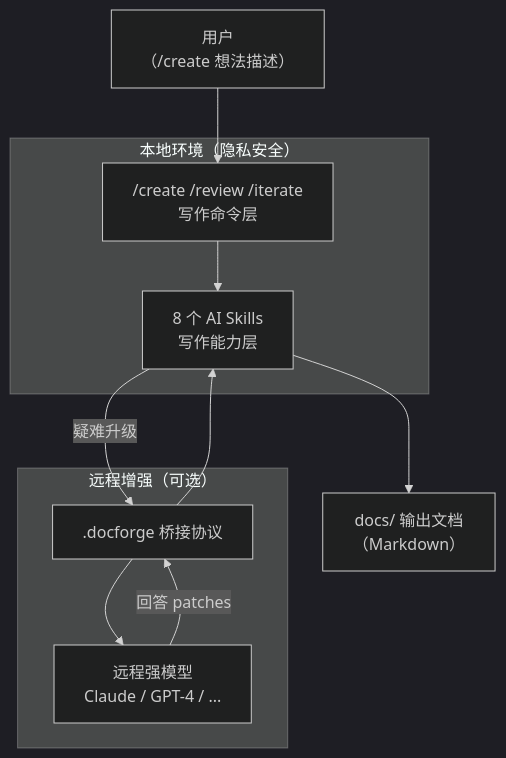
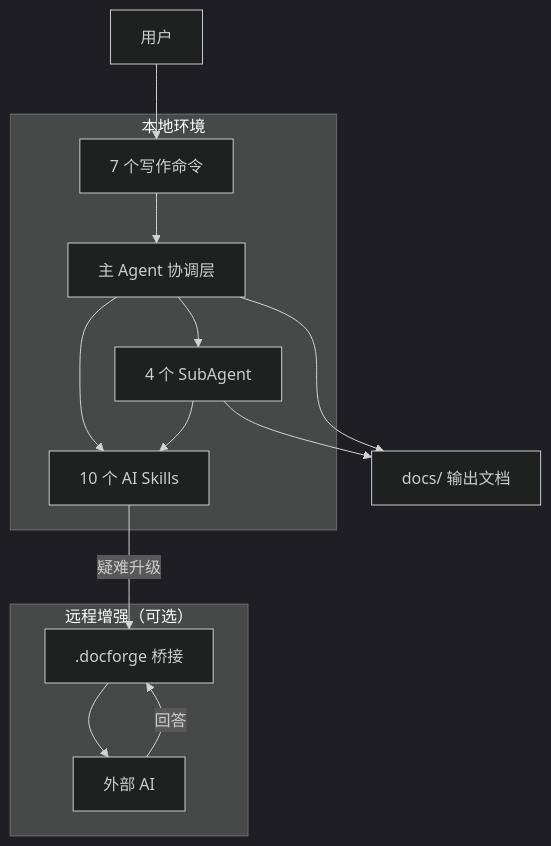
The diagram in README.md (maxiee/MaeDoc), drawn with Mermaid (dark theme) before and after one commit. The commit also changed other lines of this file and 30 other files, not shown here.

````diff
--- a/README.md
+++ b/README.md
@@ -235,24 +188,29 @@
 ```mermaid
 graph TD
-    User["用户\n（/create 想法描述）"]
+    User["用户"]
 
-    subgraph Local["本地环境（隐私安全）"]
-        Commands["/create /review /iterate\n写作命令层"]
-        Skills["8 个 AI Skills\n写作能力层"]
+    subgraph Local["本地环境"]
+        Commands["7 个写作命令"]
+        MainAgent["主 Agent 协调层"]
+        SubAgents["4 个 SubAgent"]
+        Skills["10 个 AI Skills"]
     end
 
     subgraph Remote["远程增强（可选）"]
-        Bridge[".docforge 桥接协议"]
-        RemoteModel["远程强模型\nClaude / GPT-4 / ..."]
+        Bridge[".docforge 桥接"]
+        RemoteModel["外部 AI"]
     end
 
-    Docs["docs/ 输出文档\n（Markdown）"]
+    Docs["docs/ 输出文档"]
 
     User --> Commands
-    Commands --> Skills
-    Skills --> Docs
+    Commands --> MainAgent
+    MainAgent --> SubAgents
+    MainAgent --> Skills
+    SubAgents --> Skills
+    SubAgents --> Docs
+    MainAgent --> Docs
     Skills -->|"疑难升级"| Bridge
     Bridge --> RemoteModel
-    RemoteModel -->|"回答 patches"| Bridge
-    Bridge --> Skills
+    RemoteModel -->|"回答"| Bridge
 ```
````
